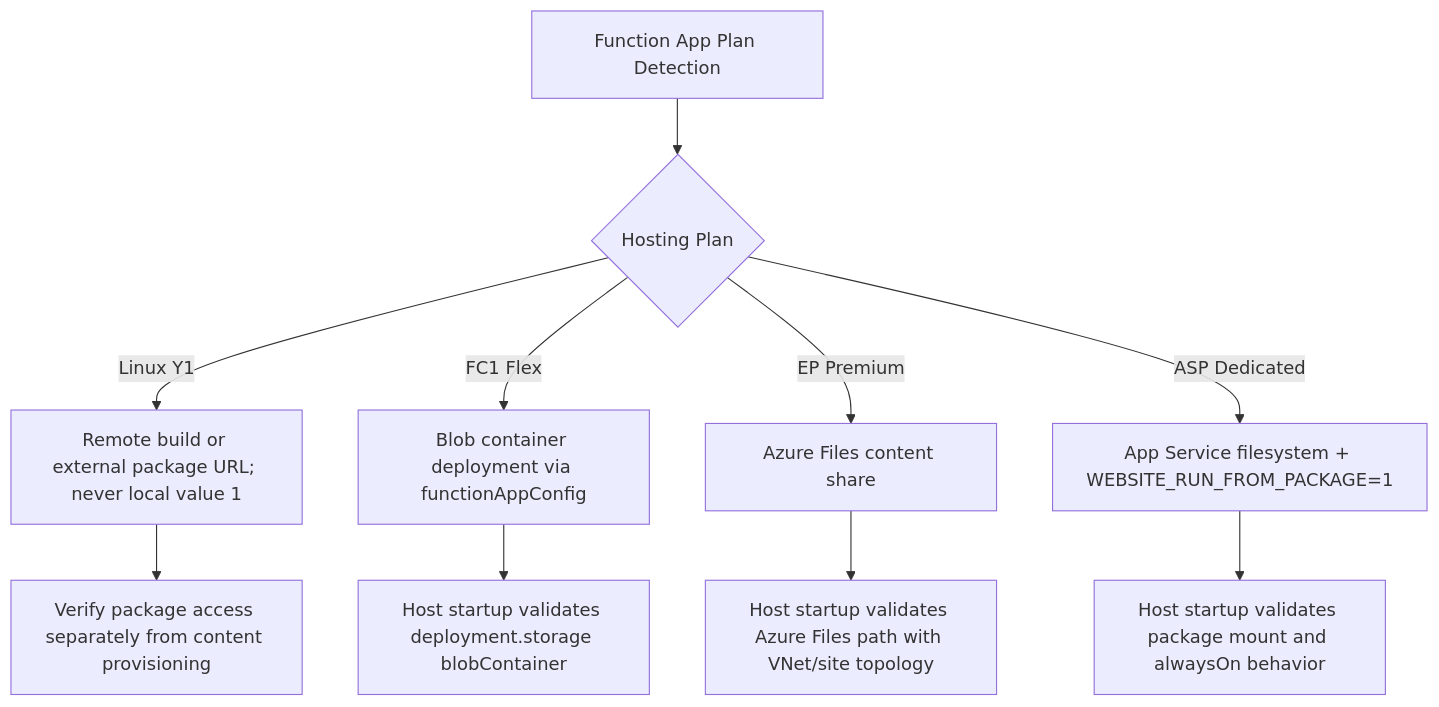
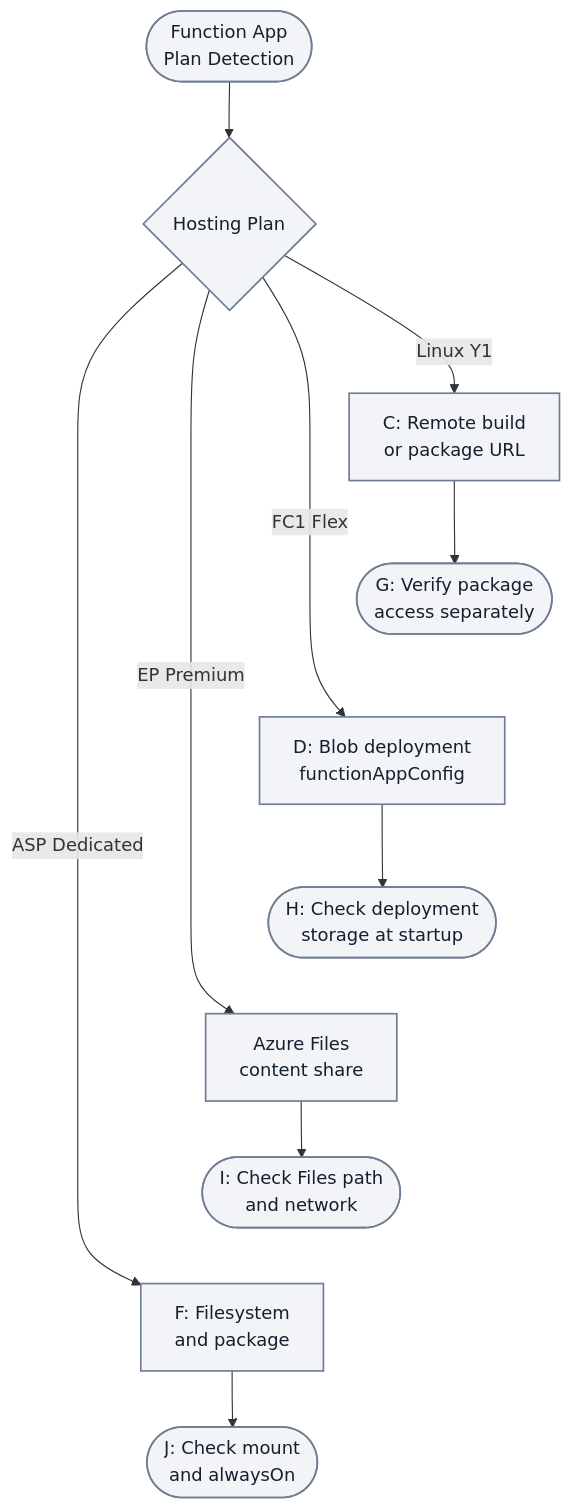
One commit to yeongseon/azure-functions-practical-guide changed the first of 5 diagrams in docs/troubleshooting/lab-guides/code-storage-verification.md. Above: the diagram before and after it, drawn with Mermaid. The commit also changed other lines of this file and 1 other file, not shown here.

First line of the commit message:
docs(diagrams): migrate Functions lab storage network auth — code storage verification (#439)

````diff
--- a/docs/troubleshooting/lab-guides/code-storage-verification.md
+++ b/docs/troubleshooting/lab-guides/code-storage-verification.md
@@ -149,13 +152,20 @@
 ```mermaid
 flowchart TD
-    A[Function App Plan Detection] --> B{Hosting Plan}
-    B -->|Linux Y1| C[Remote build or external package URL; never local value 1]
-    B -->|FC1 Flex| D[Blob container deployment via functionAppConfig]
-    B -->|EP Premium| E[Azure Files content share]
-    B -->|ASP Dedicated| F[App Service filesystem + WEBSITE_RUN_FROM_PACKAGE=1]
-
-    C --> G[Verify package access separately from content provisioning]
-    D --> H[Host startup validates deployment.storage blobContainer]
-    E --> I["Host startup validates Azure Files path with VNet/site topology"]
-    F --> J[Host startup validates package mount and alwaysOn behavior]
+    accTitle: Code storage models by hosting plan
+    accDescr: Reading map for the lab's Linux Y1, Flex, Premium and Dedicated configurations. Each plan retains its code location and verification step; these are not universal deployment requirements.
+    A(["Function App<br/>Plan Detection"]) --> B{"Hosting Plan"}
+    B -->|Linux Y1| C["C: Remote build<br/>or package URL"]
+    B -->|FC1 Flex| D["D: Blob deployment<br/>functionAppConfig"]
+    B -->|EP Premium| E["Azure Files<br/>content share"]
+    B -->|ASP Dedicated| F["F: Filesystem<br/>and package"]
+    C --> G(["G: Verify package<br/>access separately"])
+    D --> H(["H: Check deployment<br/>storage at startup"])
+    E --> I(["I: Check Files path<br/>and network"])
+    F --> J(["J: Check mount<br/>and alwaysOn"])
+    %% Layout-only links tier the alternatives; no verification steps or arrows added.
+    G ~~~ D
+    H ~~~ E
+    I ~~~ F
+    classDef neutral fill:#f2f4f8,stroke:#707e93,stroke-width:1.5px,color:#14202e;
+    class A,B,C,D,E,F,G,H,I,J neutral;
 ```
````
